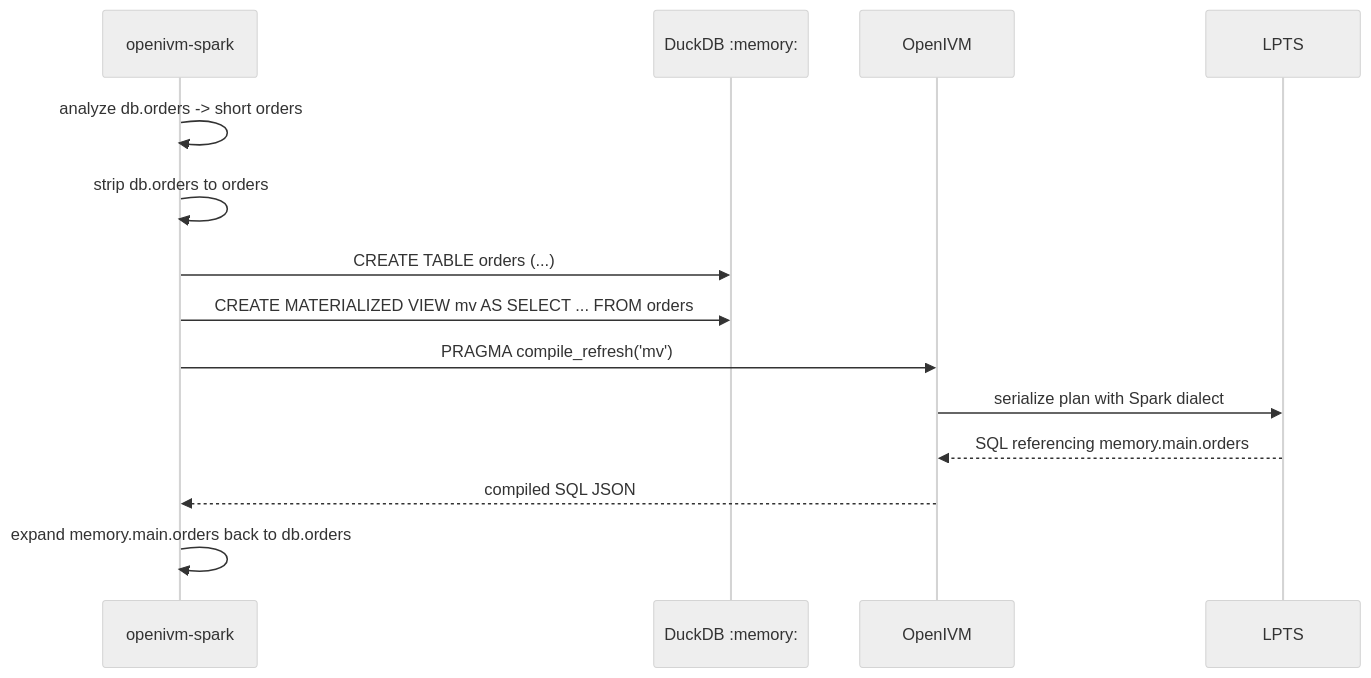
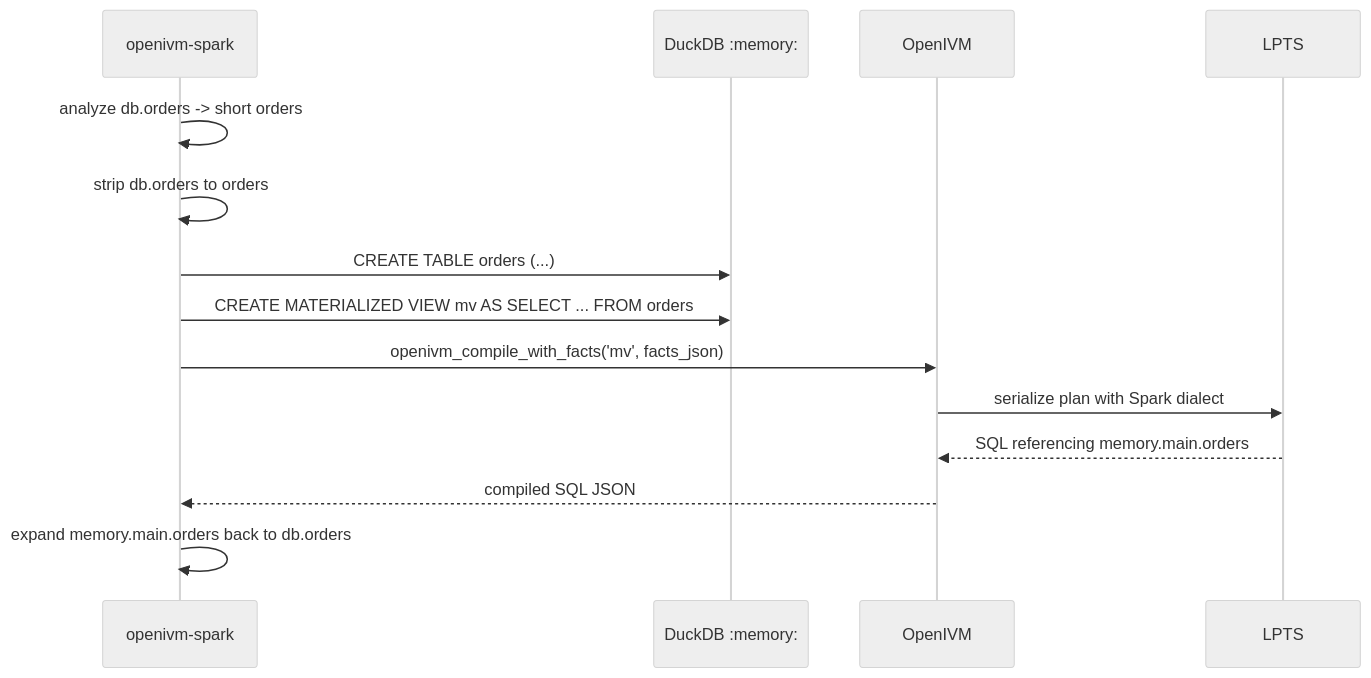
Before and after one commit to mdrakiburrahman/openivm-spark: the second of 4 diagrams in docs/architecture/lpts/8-integration-with-openivm-and-spark.md, drawn with Mermaid (neutral theme). The commit also changed other lines of this file and 28 other files, not shown here.

First line of the commit message:
docs(spark): align references with openivm_compile_with_facts surface

````diff
--- a/docs/architecture/lpts/8-integration-with-openivm-and-spark.md
+++ b/docs/architecture/lpts/8-integration-with-openivm-and-spark.md
@@ -443,17 +437,17 @@
 ```mermaid
 sequenceDiagram
   participant Spark as openivm-spark
   participant Duck as DuckDB :memory:
   participant OIVM as OpenIVM
   participant LPTS as LPTS
 
   Spark->>Spark: analyze db.orders -> short orders
   Spark->>Spark: strip db.orders to orders
   Spark->>Duck: CREATE TABLE orders (...)
   Spark->>Duck: CREATE MATERIALIZED VIEW mv AS SELECT ... FROM orders
-  Spark->>OIVM: PRAGMA compile_refresh('mv')
+  Spark->>OIVM: openivm_compile_with_facts('mv', facts_json)
   OIVM->>LPTS: serialize plan with Spark dialect
   LPTS-->>OIVM: SQL referencing memory.main.orders
   OIVM-->>Spark: compiled SQL JSON
   Spark->>Spark: expand memory.main.orders back to db.orders
 ```
````
